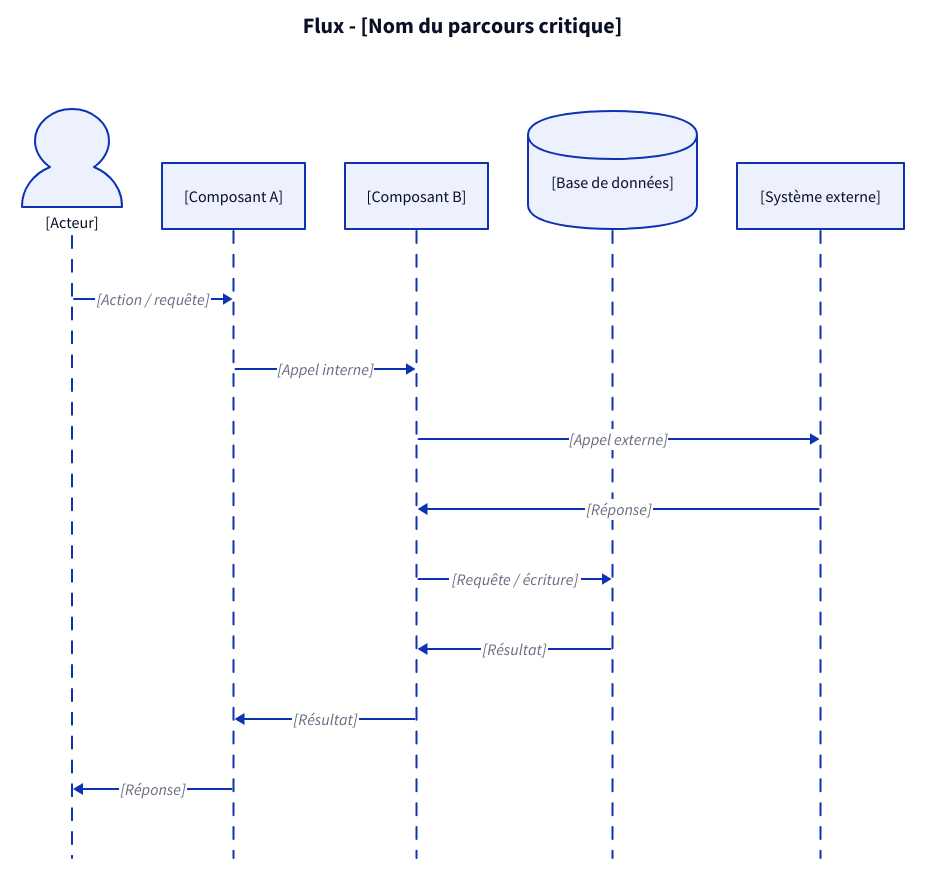
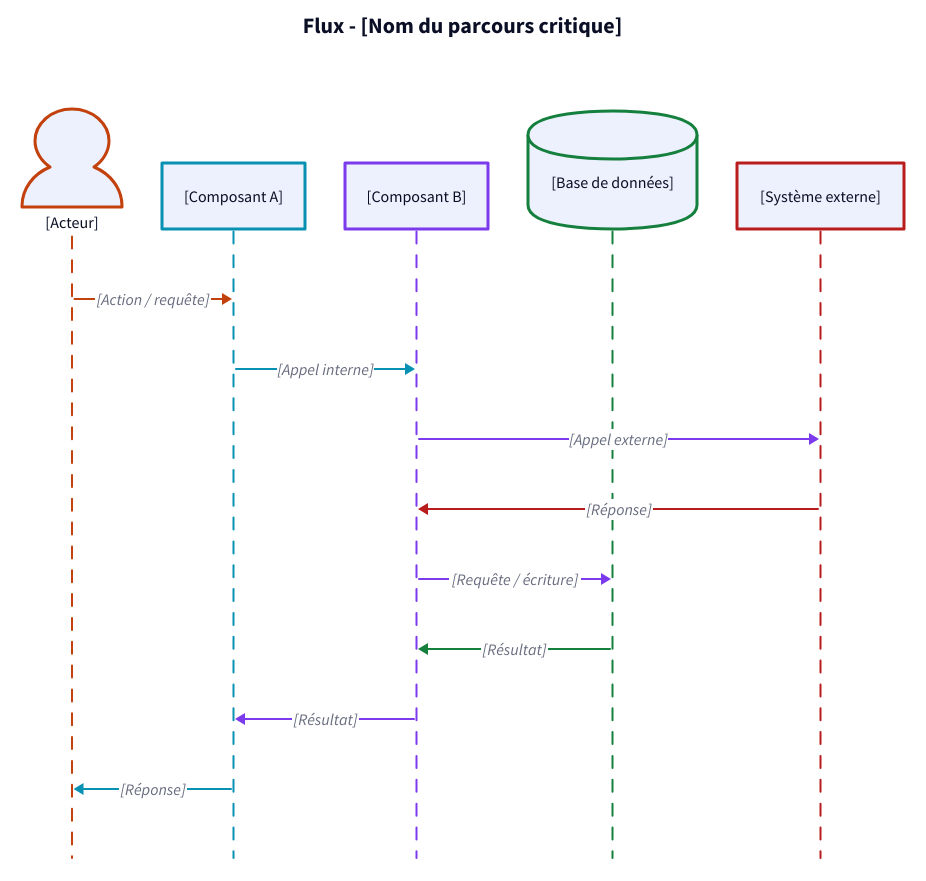
One commit to CGI-Shapsha-Factory/CGI-Factory-AI changed the third of 5 diagrams in architecte/templates/diagrammes.md. Above: the diagram before and after it, drawn with D2. The commit also changed other lines of this file and 1 other file, not shown here.

First line of the commit message:
feat(architecte): color diagram edges and node borders by source entity

````diff
--- a/architecte/templates/diagrammes.md
+++ b/architecte/templates/diagrammes.md
@@ -93,22 +116,29 @@
 ```d2 theme=0
 title: "Flux - [Nom du parcours critique]" { near: top-center; shape: text; style.font-size: 22; style.bold: true }
 
 flow: "" {
   shape: sequence_diagram
 
-  user: "[Acteur]" { shape: person }
-  a: "[Composant A]"
-  b: "[Composant B]"
-  db: "[Base de données]" { shape: cylinder }
-  ext: "[Système externe]"
+  user: "[Acteur]" { shape: person; style.stroke: "#c2410c"; style.stroke-width: 3 }
+  a: "[Composant A]" { style.stroke: "#0891b2"; style.stroke-width: 3 }
+  b: "[Composant B]" { style.stroke: "#7c3aed"; style.stroke-width: 3 }
+  db: "[Base de données]" { shape: cylinder; style.stroke: "#15803d"; style.stroke-width: 3 }
+  ext: "[Système externe]" { style.stroke: "#b91c1c"; style.stroke-width: 3 }
 
   user -> a: "[Action / requête]"
   a -> b: "[Appel interne]"
   b -> ext: "[Appel externe]"
   ext -> b: "[Réponse]"
   b -> db: "[Requête / écriture]"
   db -> b: "[Résultat]"
   b -> a: "[Résultat]"
   a -> user: "[Réponse]"
+
+  # Couleur de trait par émetteur de message
+  (user -> **)[*].style.stroke: "#c2410c"
+  (a -> **)[*].style.stroke: "#0891b2"
+  (b -> **)[*].style.stroke: "#7c3aed"
+  (db -> **)[*].style.stroke: "#15803d"
+  (ext -> **)[*].style.stroke: "#b91c1c"
 }
 ```
````
